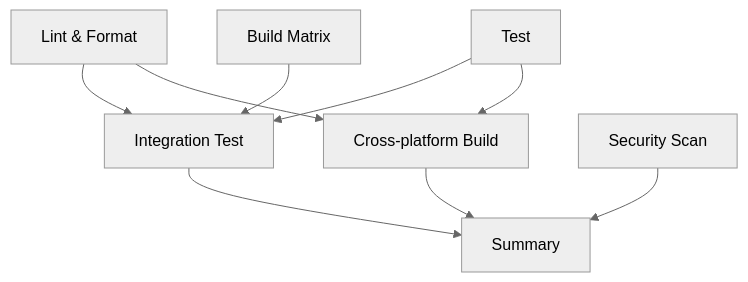
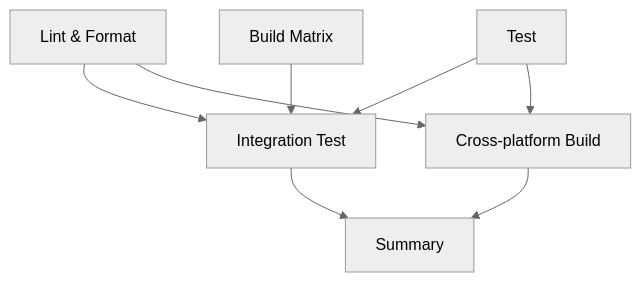
One commit to Siutan/forgor changed the second of 2 diagrams in docs/CI.md. Above: the diagram before and after it, drawn with Mermaid (neutral theme). The commit also changed other lines of this file and 9 other files, not shown here.

Commit message:
feat(ci): refactored versioning flows

````diff
--- a/docs/CI.md
+++ b/docs/CI.md
@@ -44,11 +40,10 @@
 ```mermaid
 graph TD
     A[Lint & Format] --> D[Integration Test]
     B[Test] --> D
     C[Build Matrix] --> D
     A --> E[Cross-platform Build]
     B --> E
-    F[Security Scan] --> G[Summary]
-    D --> G
+    D --> G[Summary]
     E --> G
 ```
````
